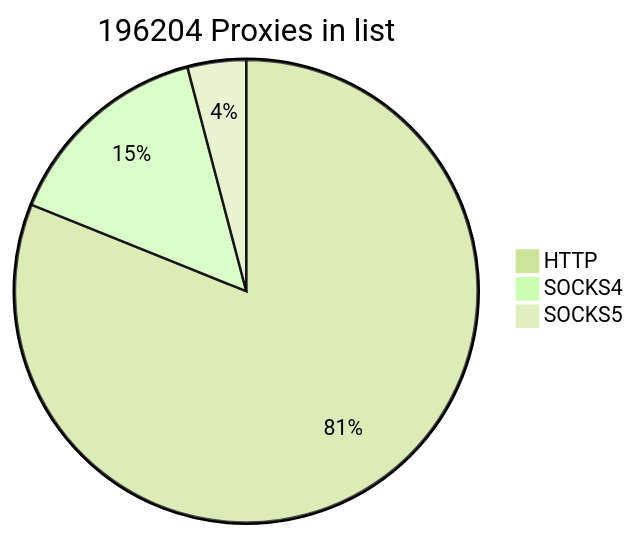
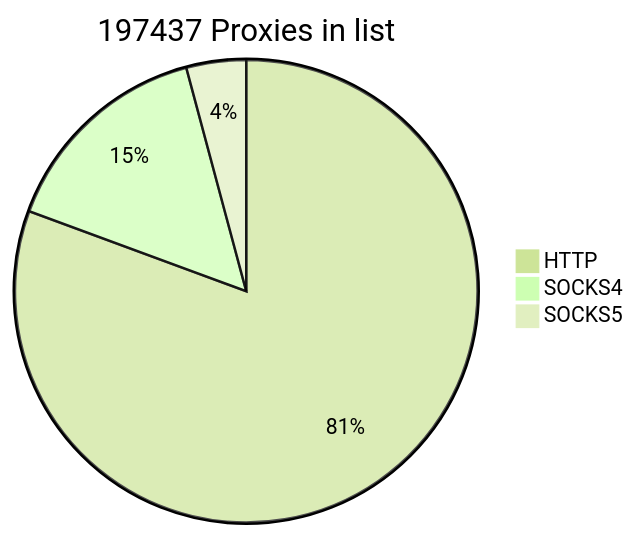
Before and after one commit to cutipu/proxylist: the first of 2 diagrams in README.md, drawn with Mermaid (forest theme). The commit also changed other lines of this file, not shown here.

````diff
--- a/README.md
+++ b/README.md
@@ -2,7 +2,7 @@
 ```mermaid
-pie title 196204 Proxies in list
-    "HTTP" : 159115
-    "SOCKS4" : 29069
-    "SOCKS5" : 8020
+pie title 197437 Proxies in list
+    "HTTP" : 159180
+    "SOCKS4" : 30019
+    "SOCKS5" : 8238
             
 ```
````
